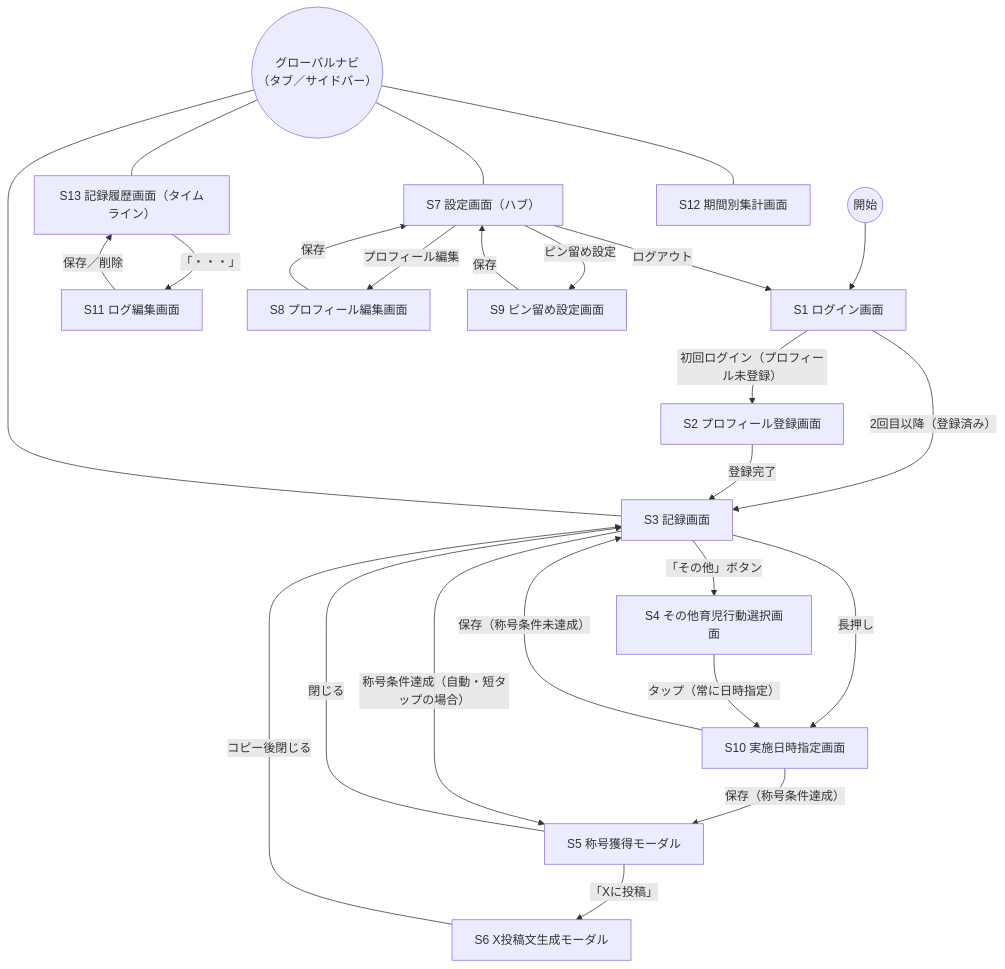
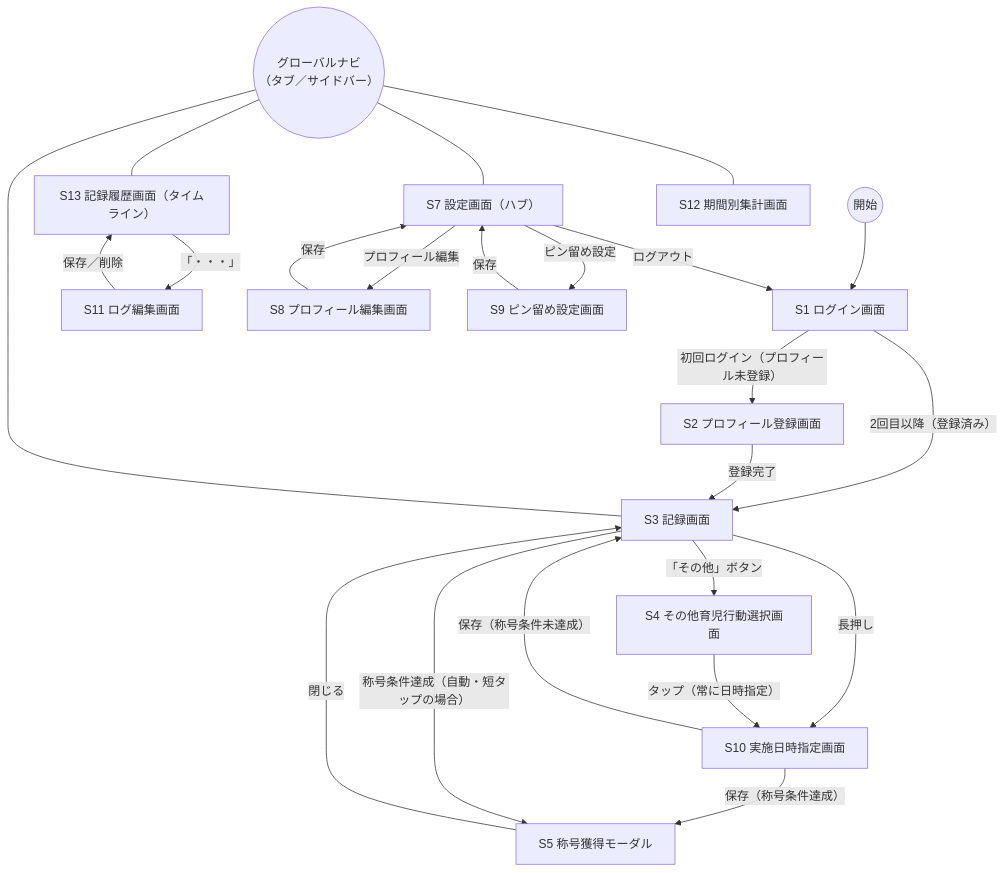
Before and after one commit to sawatch-fisherman/father-parenting-log: the diagram in docs/screens.md, drawn with Mermaid. The commit also changed other lines of this file and 12 other files, not shown here.

````diff
--- a/docs/screens.md
+++ b/docs/screens.md
@@ -53,37 +54,35 @@
 ```mermaid
 flowchart TD
     START(("開始")) --> S1
 
     S1["S1 ログイン画面"] -->|"初回ログイン（プロフィール未登録）"| S2
     S1 -->|"2回目以降（登録済み）"| S3
 
     S2["S2 プロフィール登録画面"] -->|"登録完了"| S3
 
     S3["S3 記録画面"] -->|"「その他」ボタン"| S4
     S4["S4 その他育児行動選択画面"]
 
     S3 -->|"長押し"| S10
     S4 -->|"タップ（常に日時指定）"| S10
     S10["S10 実施日時指定画面"] -->|"保存（称号条件未達成）"| S3
     S10 -->|"保存（称号条件達成）"| S5
 
     S3 -->|"称号条件達成（自動・短タップの場合）"| S5
-    S5["S5 称号獲得モーダル"] -->|"「Xに投稿」"| S6
-    S5 -->|"閉じる"| S3
-    S6["S6 X投稿文生成モーダル"] -->|"コピー後閉じる"| S3
+    S5["S5 称号獲得モーダル"] -->|"閉じる"| S3
 
     S13["S13 記録履歴画面（タイムライン）"] -->|"「・・・」"| S11
     S11["S11 ログ編集画面"] -->|"保存／削除"| S13
 
     S7["S7 設定画面（ハブ）"] -->|"プロフィール編集"| S8
     S7 -->|"ピン留め設定"| S9
     S8["S8 プロフィール編集画面"] -->|"保存"| S7
     S9["S9 ピン留め設定画面"] -->|"保存"| S7
     S7 -->|"ログアウト"| S1
 
     GNAV(("グローバルナビ<br>（タブ／サイドバー）"))
     GNAV --- S3
     GNAV --- S12["S12 期間別集計画面"]
     GNAV --- S13
     GNAV --- S7
 ```
````
